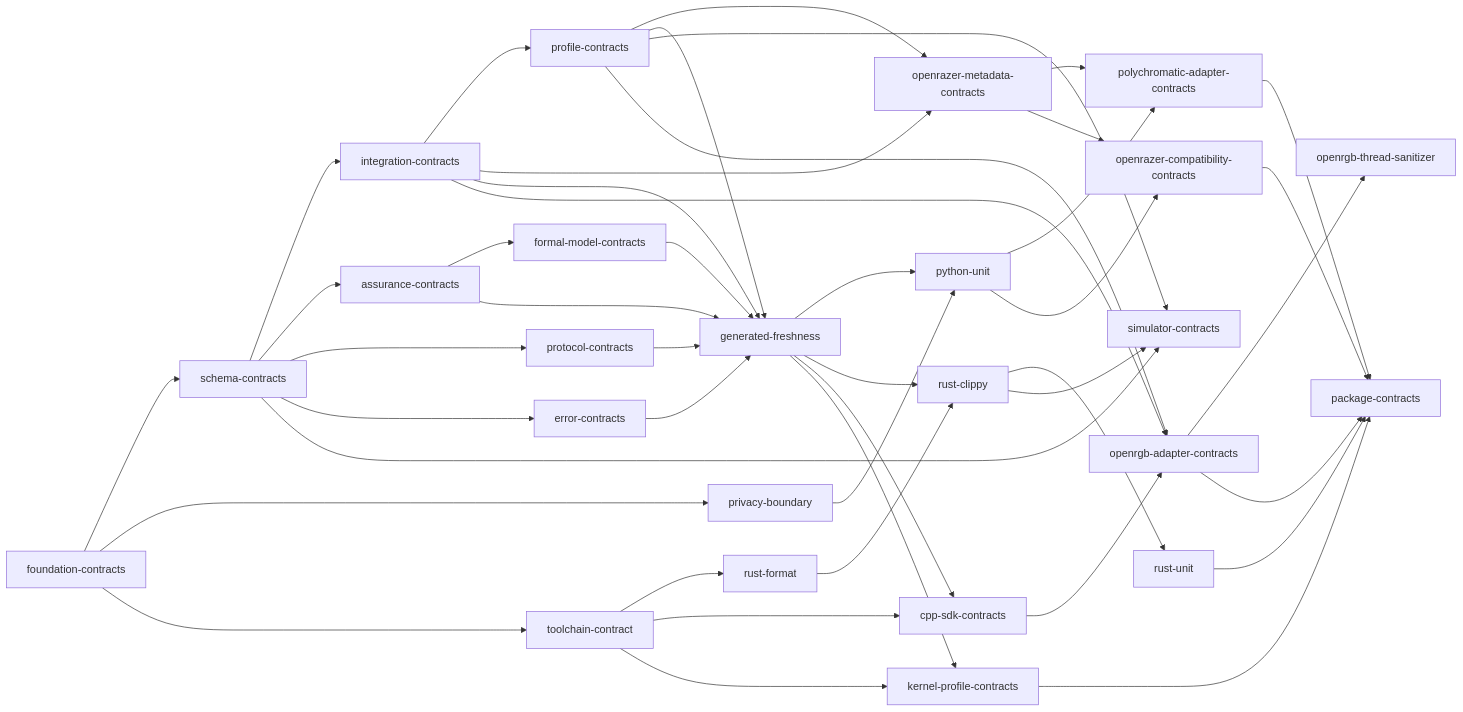
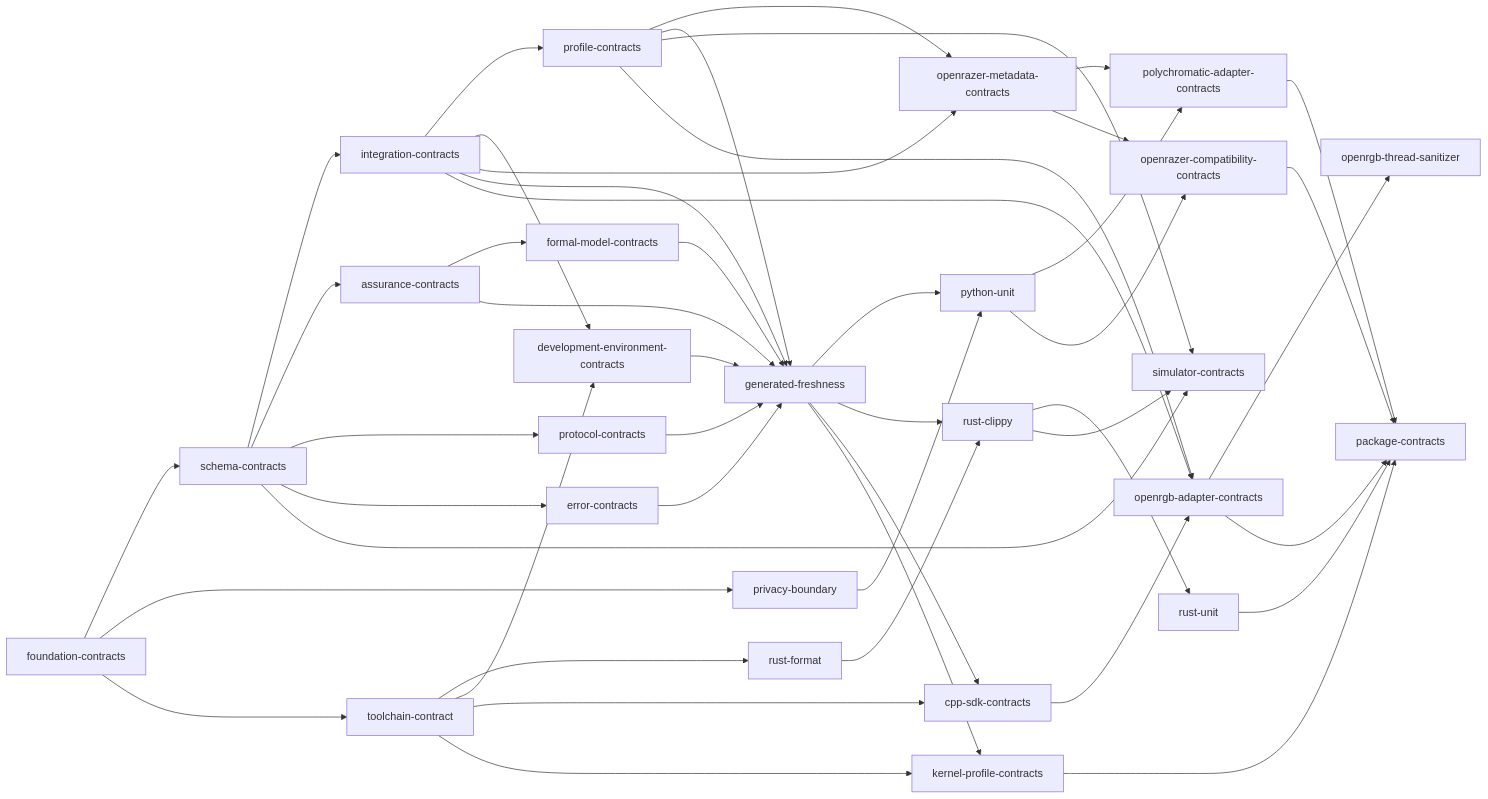
Before and after one commit to offalexjackson777-stack/hyperflux-next: the diagram in docs/generated/verification.md, drawn with Mermaid. The commit also changed other lines of this file and 17 other files, not shown here.

Commit message:
feat(tooling): add reproducible development environment

````diff
--- a/docs/generated/verification.md
+++ b/docs/generated/verification.md
@@ -37,70 +38,74 @@
 ```mermaid
 flowchart LR
     foundation_contracts["foundation-contracts"]
     schema_contracts["schema-contracts"]
     privacy_boundary["privacy-boundary"]
     toolchain_contract["toolchain-contract"]
     integration_contracts["integration-contracts"]
     assurance_contracts["assurance-contracts"]
     protocol_contracts["protocol-contracts"]
     error_contracts["error-contracts"]
     rust_format["rust-format"]
     formal_model_contracts["formal-model-contracts"]
     profile_contracts["profile-contracts"]
+    development_environment_contracts["development-environment-contracts"]
     openrazer_metadata_contracts["openrazer-metadata-contracts"]
     generated_freshness["generated-freshness"]
     python_unit["python-unit"]
     rust_clippy["rust-clippy"]
     cpp_sdk_contracts["cpp-sdk-contracts"]
     kernel_profile_contracts["kernel-profile-contracts"]
     rust_unit["rust-unit"]
     simulator_contracts["simulator-contracts"]
     openrgb_adapter_contracts["openrgb-adapter-contracts"]
     polychromatic_adapter_contracts["polychromatic-adapter-contracts"]
     openrazer_compatibility_contracts["openrazer-compatibility-contracts"]
     openrgb_thread_sanitizer["openrgb-thread-sanitizer"]
     package_contracts["package-contracts"]
     foundation_contracts --> schema_contracts
     foundation_contracts --> privacy_boundary
     foundation_contracts --> toolchain_contract
     schema_contracts --> integration_contracts
     schema_contracts --> assurance_contracts
     schema_contracts --> protocol_contracts
     schema_contracts --> error_contracts
     toolchain_contract --> rust_format
     assurance_contracts --> formal_model_contracts
     integration_contracts --> profile_contracts
+    integration_contracts --> development_environment_contracts
+    toolchain_contract --> development_environment_contracts
     integration_contracts --> openrazer_metadata_contracts
     profile_contracts --> openrazer_metadata_contracts
     profile_contracts --> generated_freshness
     protocol_contracts --> generated_freshness
     error_contracts --> generated_freshness
     integration_contracts --> generated_freshness
     assurance_contracts --> generated_freshness
     formal_model_contracts --> generated_freshness
+    development_environment_contracts --> generated_freshness
     generated_freshness --> python_unit
     privacy_boundary --> python_unit
     generated_freshness --> rust_clippy
     rust_format --> rust_clippy
     generated_freshness --> cpp_sdk_contracts
     toolchain_contract --> cpp_sdk_contracts
     generated_freshness --> kernel_profile_contracts
     toolchain_contract --> kernel_profile_contracts
     rust_clippy --> rust_unit
     rust_clippy --> simulator_contracts
     schema_contracts --> simulator_contracts
     profile_contracts --> simulator_contracts
     cpp_sdk_contracts --> openrgb_adapter_contracts
     integration_contracts --> openrgb_adapter_contracts
     profile_contracts --> openrgb_adapter_contracts
     openrazer_metadata_contracts --> polychromatic_adapter_contracts
     python_unit --> polychromatic_adapter_contracts
     openrazer_metadata_contracts --> openrazer_compatibility_contracts
     python_unit --> openrazer_compatibility_contracts
     openrgb_adapter_contracts --> openrgb_thread_sanitizer
     kernel_profile_contracts --> package_contracts
     openrgb_adapter_contracts --> package_contracts
     polychromatic_adapter_contracts --> package_contracts
     openrazer_compatibility_contracts --> package_contracts
     rust_unit --> package_contracts
 ```
````
